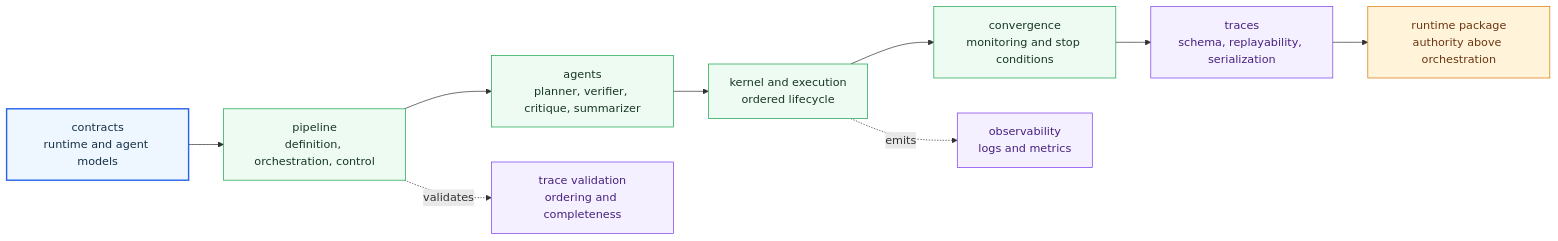
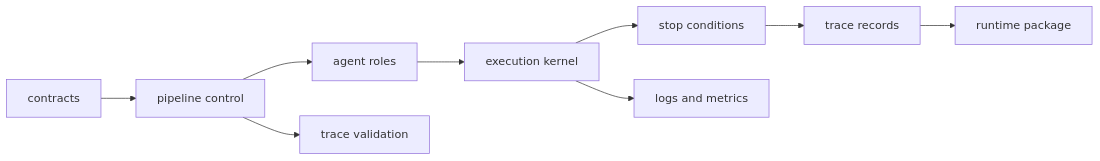
One commit to bijux/bijux-canon changed the diagram in docs/05-bijux-canon-agent/architecture/index.md. Above: the diagram before and after it, drawn with Mermaid. The commit also changed other lines of this file, not shown here.

Commit message:
docs(agent): simplify orchestration architecture map

````diff
--- a/docs/05-bijux-canon-agent/architecture/index.md
+++ b/docs/05-bijux-canon-agent/architecture/index.md
@@ -21,23 +21,16 @@
 ```mermaid
 flowchart LR
-    contracts["contracts<br/>runtime and agent models"]
-    pipeline["pipeline<br/>definition, orchestration, control"]
-    roles["agents<br/>planner, verifier, critique, summarizer"]
-    kernel["kernel and execution<br/>ordered lifecycle"]
-    convergence["convergence<br/>monitoring and stop conditions"]
-    traces["traces<br/>schema, replayability, serialization"]
-    runtime["runtime package<br/>authority above orchestration"]
+    contracts["contracts"]
+    pipeline["pipeline control"]
+    roles["agent roles"]
+    kernel["execution kernel"]
+    convergence["stop conditions"]
+    traces["trace records"]
+    validation["trace validation"]
+    observability["logs and metrics"]
+    runtime["runtime package"]
 
     contracts --> pipeline --> roles --> kernel --> convergence --> traces --> runtime
-    pipeline -. validates .-> validation["trace validation<br/>ordering and completeness"]
-    kernel -. emits .-> observability["observability<br/>logs and metrics"]
-
-    classDef page fill:#eef6ff,stroke:#2563eb,color:#153145,stroke-width:2px;
-    classDef positive fill:#eefbf3,stroke:#16a34a,color:#173622;
-    classDef anchor fill:#f4f0ff,stroke:#7c3aed,color:#47207f;
-    classDef action fill:#fff4da,stroke:#d97706,color:#6b3410;
-    class contracts page;
-    class pipeline,roles,kernel,convergence positive;
-    class traces,validation,observability anchor;
-    class runtime action;
+    pipeline --> validation
+    kernel --> observability
 ```
````
